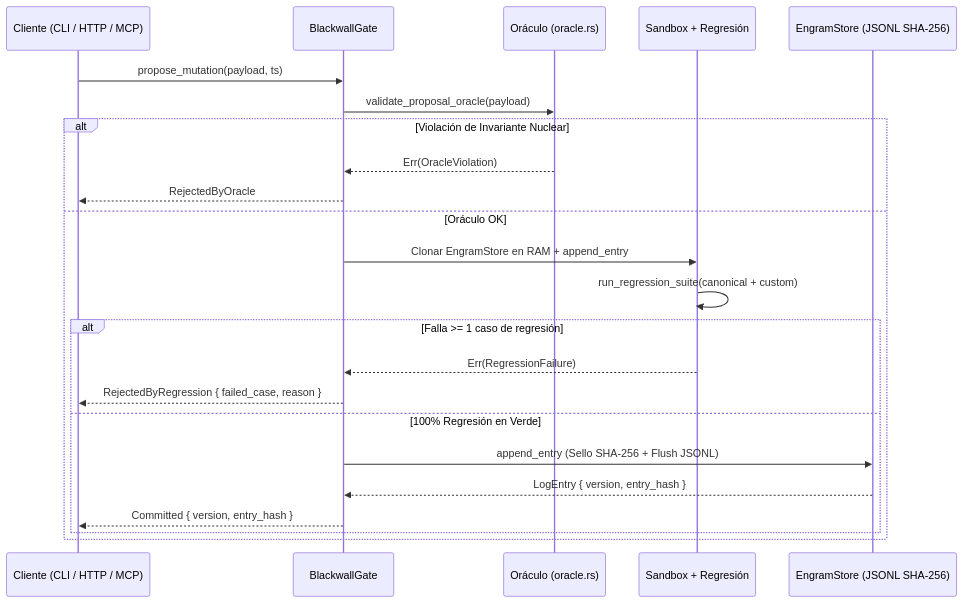
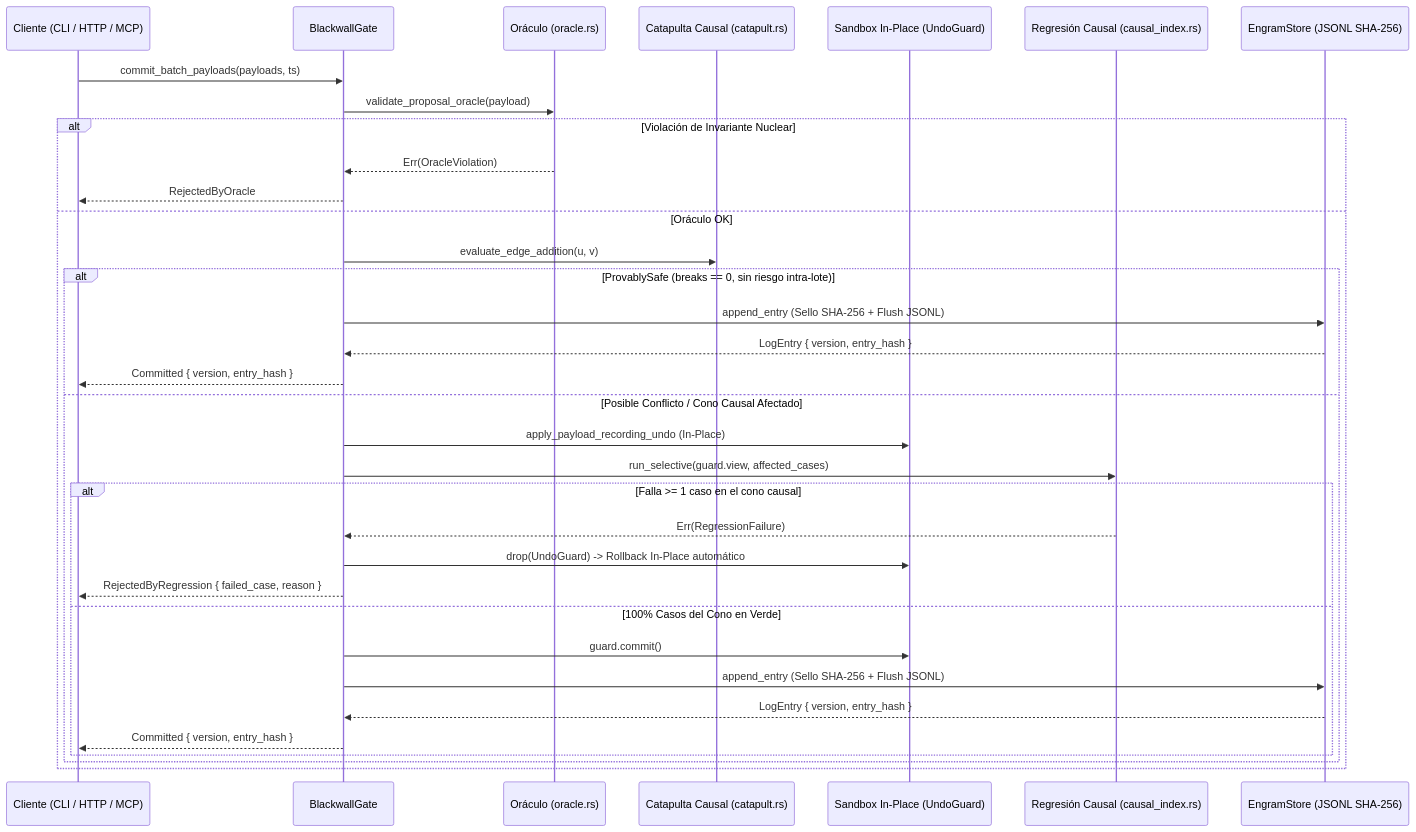
The diagram in docs/ARCHITECTURE.md (dev-nikolas/RELIC), drawn with Mermaid before and after one commit. The commit also changed other lines of this file and 32 other files, not shown here.

````diff
--- a/docs/ARCHITECTURE.md
+++ b/docs/ARCHITECTURE.md
@@ -41,26 +43,37 @@
 ```mermaid
 sequenceDiagram
     participant U as Cliente (CLI / HTTP / MCP)
     participant BW as BlackwallGate
     participant OR as Oráculo (oracle.rs)
-    participant SB as Sandbox + Regresión
+    participant CAT as Catapulta Causal (catapult.rs)
+    participant SB as Sandbox In-Place (UndoGuard)
+    participant REG as Regresión Causal (causal_index.rs)
     participant LOG as EngramStore (JSONL SHA-256)
 
-    U->>BW: propose_mutation(payload, ts)
+    U->>BW: commit_batch_payloads(payloads, ts)
     BW->>OR: validate_proposal_oracle(payload)
     alt Violación de Invariante Nuclear
         OR-->>BW: Err(OracleViolation)
         BW-->>U: RejectedByOracle
     else Oráculo OK
-        BW->>SB: Clonar EngramStore en RAM + append_entry
-        SB->>SB: run_regression_suite(canonical + custom)
-        alt Falla >= 1 caso de regresión
-            SB-->>BW: Err(RegressionFailure)
-            BW-->>U: RejectedByRegression { failed_case, reason }
-        else 100% Regresión en Verde
+        BW->>CAT: evaluate_edge_addition(u, v)
+        alt ProvablySafe (breaks == 0, sin riesgo intra-lote)
             BW->>LOG: append_entry (Sello SHA-256 + Flush JSONL)
             LOG-->>BW: LogEntry { version, entry_hash }
             BW-->>U: Committed { version, entry_hash }
+        else Posible Conflicto / Cono Causal Afectado
+            BW->>SB: apply_payload_recording_undo (In-Place)
+            BW->>REG: run_selective(guard.view, affected_cases)
+            alt Falla >= 1 caso en el cono causal
+                REG-->>BW: Err(RegressionFailure)
+                BW->>SB: drop(UndoGuard) -> Rollback In-Place automático
+                BW-->>U: RejectedByRegression { failed_case, reason }
+            else 100% Casos del Cono en Verde
+                BW->>SB: guard.commit()
+                BW->>LOG: append_entry (Sello SHA-256 + Flush JSONL)
+                LOG-->>BW: LogEntry { version, entry_hash }
+                BW-->>U: Committed { version, entry_hash }
+            end
         end
     end
 ```
````
